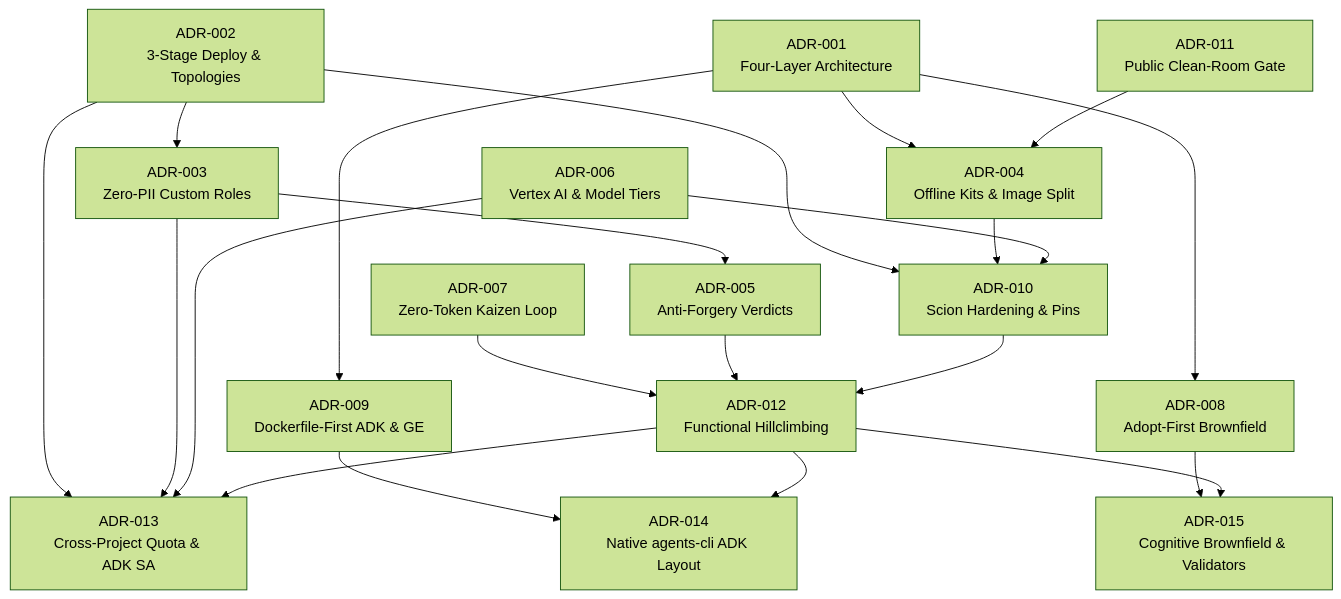
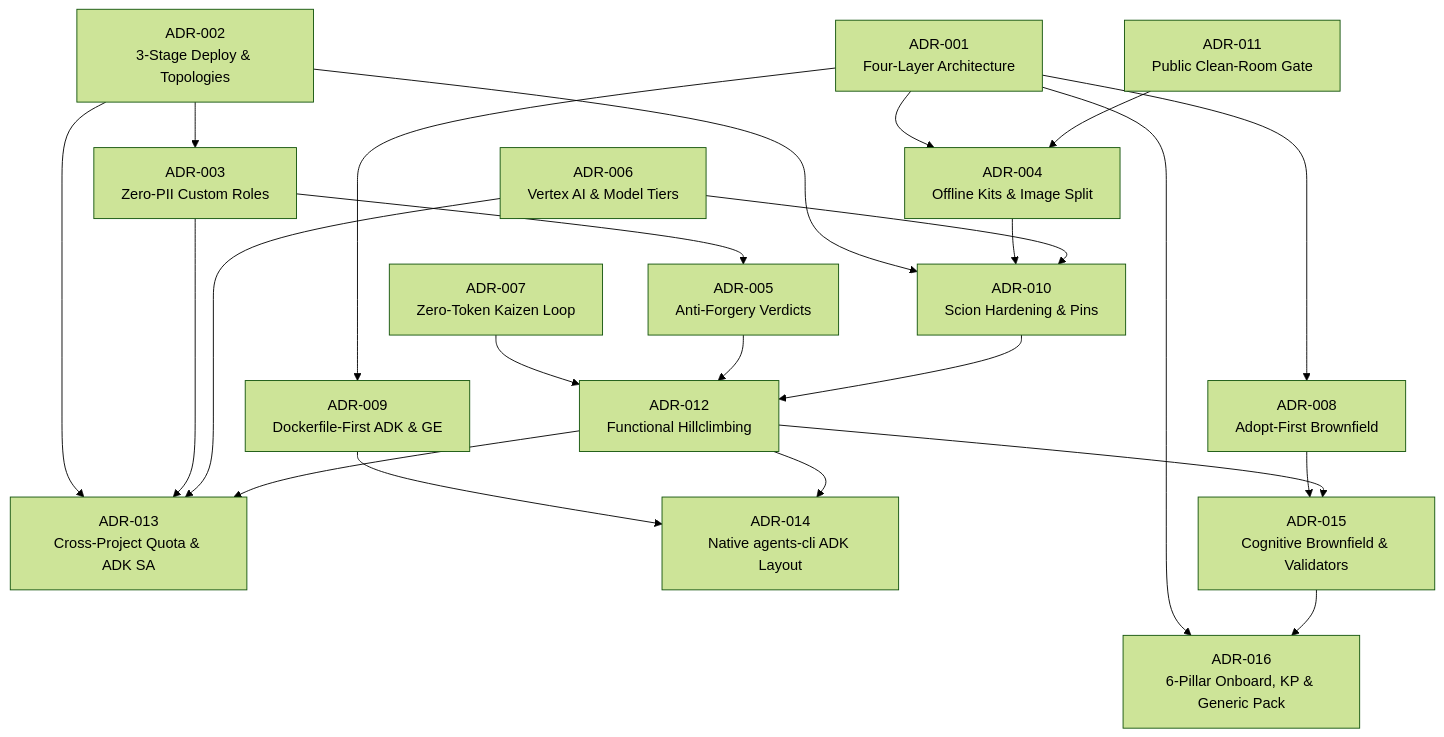
Before and after one commit to carlosmscabral/gcp-fde-factories: the diagram in docs/adr/README.md, drawn with Mermaid (forest theme). The commit also changed other lines of this file and 64 other files, not shown here.

````diff
--- a/docs/adr/README.md
+++ b/docs/adr/README.md
@@ -9,39 +9,42 @@
 ```mermaid
 flowchart TB
   ADR001["ADR-001<br/>Four-Layer Architecture"]
   ADR002["ADR-002<br/>3-Stage Deploy & Topologies"]
   ADR003["ADR-003<br/>Zero-PII Custom Roles"]
   ADR004["ADR-004<br/>Offline Kits & Image Split"]
   ADR005["ADR-005<br/>Anti-Forgery Verdicts"]
   ADR006["ADR-006<br/>Vertex AI & Model Tiers"]
   ADR007["ADR-007<br/>Zero-Token Kaizen Loop"]
   ADR008["ADR-008<br/>Adopt-First Brownfield"]
   ADR009["ADR-009<br/>Dockerfile-First ADK & GE"]
   ADR010["ADR-010<br/>Scion Hardening & Pins"]
   ADR011["ADR-011<br/>Public Clean-Room Gate"]
   ADR012["ADR-012<br/>Functional Hillclimbing"]
   ADR013["ADR-013<br/>Cross-Project Quota & ADK SA"]
   ADR014["ADR-014<br/>Native agents-cli ADK Layout"]
   ADR015["ADR-015<br/>Cognitive Brownfield & Validators"]
+  ADR016["ADR-016<br/>6-Pillar Onboard, KP & Generic Pack"]
 
   ADR001 --> ADR004
   ADR001 --> ADR008
   ADR001 --> ADR009
+  ADR001 --> ADR016
   ADR002 --> ADR003
   ADR002 --> ADR010
   ADR002 --> ADR013
   ADR003 --> ADR005
   ADR003 --> ADR013
   ADR004 --> ADR010
   ADR006 --> ADR010
   ADR006 --> ADR013
   ADR007 --> ADR012
   ADR005 --> ADR012
   ADR010 --> ADR012
   ADR011 --> ADR004
   ADR012 --> ADR013
   ADR009 --> ADR014
   ADR012 --> ADR014
   ADR008 --> ADR015
   ADR012 --> ADR015
+  ADR015 --> ADR016
 ```
````
